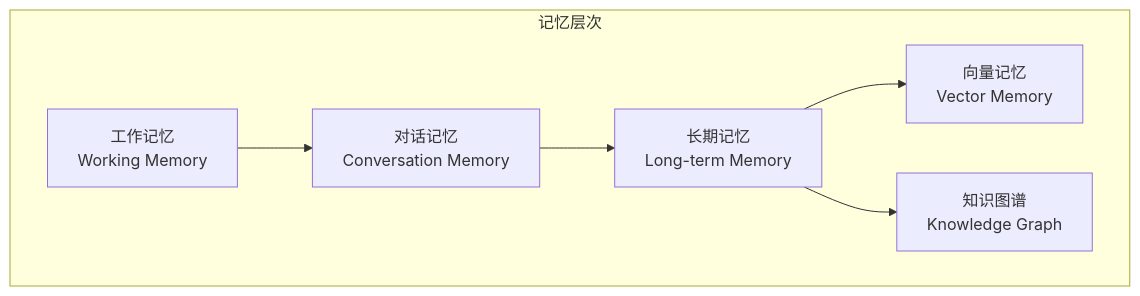
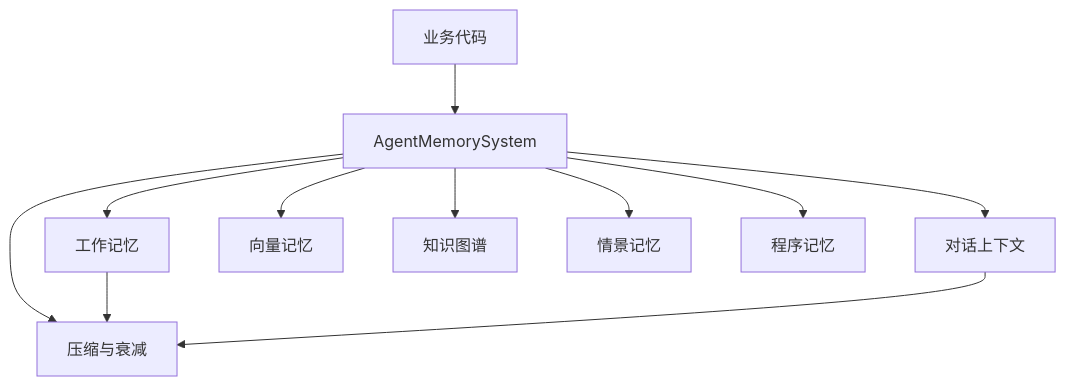
One commit to Shyu-x/frontend-interview changed the tenth of 10 diagrams in docs/agent/architecture/memory-system.md. Above: the diagram before and after it, drawn with Mermaid. The commit also changed other lines of this file and 58 other files, not shown here.

````diff
--- a/docs/agent/architecture/memory-system.md
+++ b/docs/agent/architecture/memory-system.md
@@ -48,15 +2049,13 @@
 ```mermaid
-flowchart TB
-    subgraph Layers["记忆层次"]
-        WM["工作记忆\nWorking Memory"]
-        CM["对话记忆\nConversation Memory"]
-        LM["长期记忆\nLong-term Memory"]
-        VM["向量记忆\nVector Memory"]
-        KG["知识图谱\nKnowledge Graph"]
-    end
-    
-    WM --> CM
-    CM --> LM
-    LM --> VM
-    LM --> KG
+flowchart TD
+    A["业务代码"] --> B["AgentMemorySystem"]
+    B --> C["工作记忆"]
+    B --> D["对话上下文"]
+    B --> E["向量记忆"]
+    B --> F["知识图谱"]
+    B --> G["情景记忆"]
+    B --> H["程序记忆"]
+    B --> I["压缩与衰减"]
+    C --> I
+    D --> I
 ```
````
